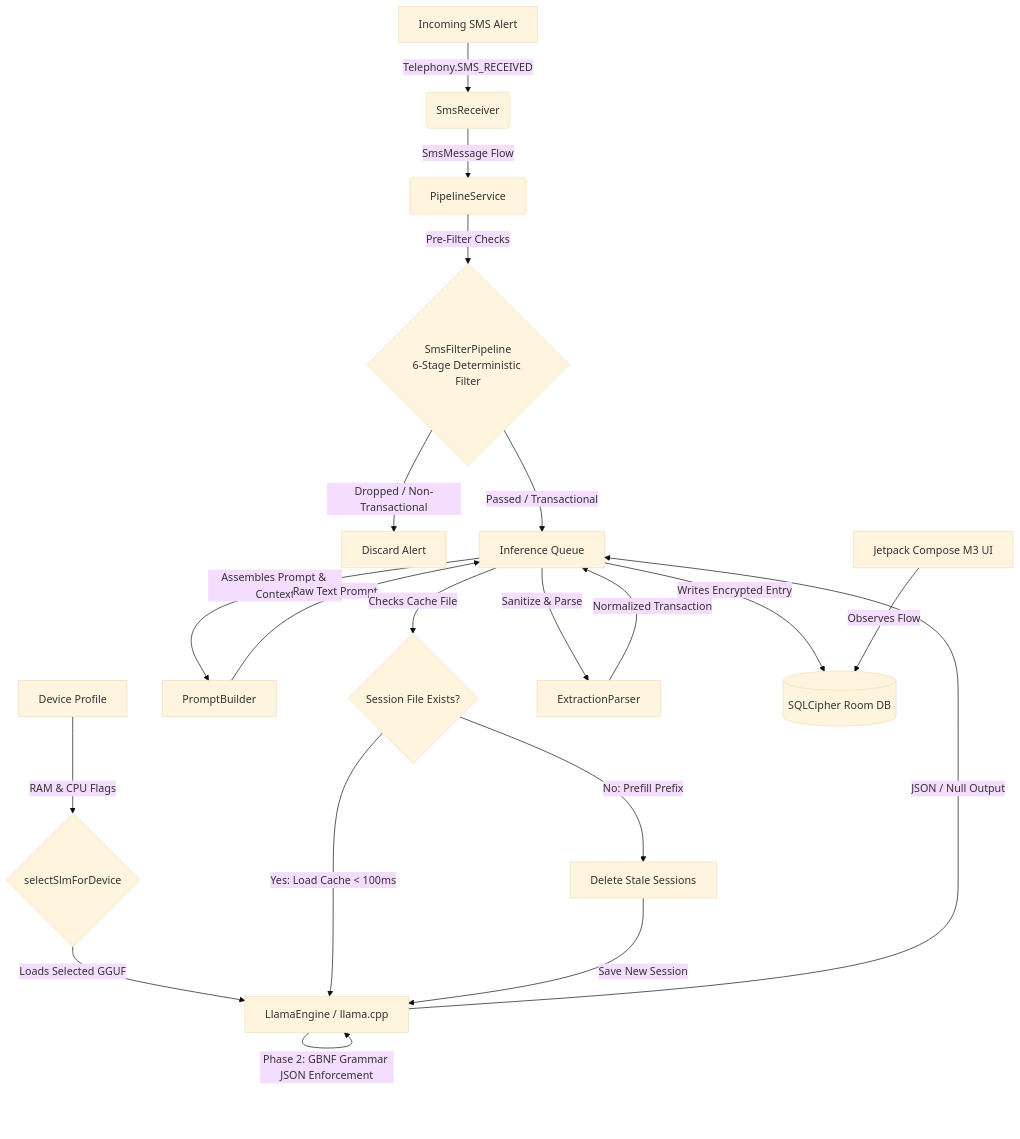
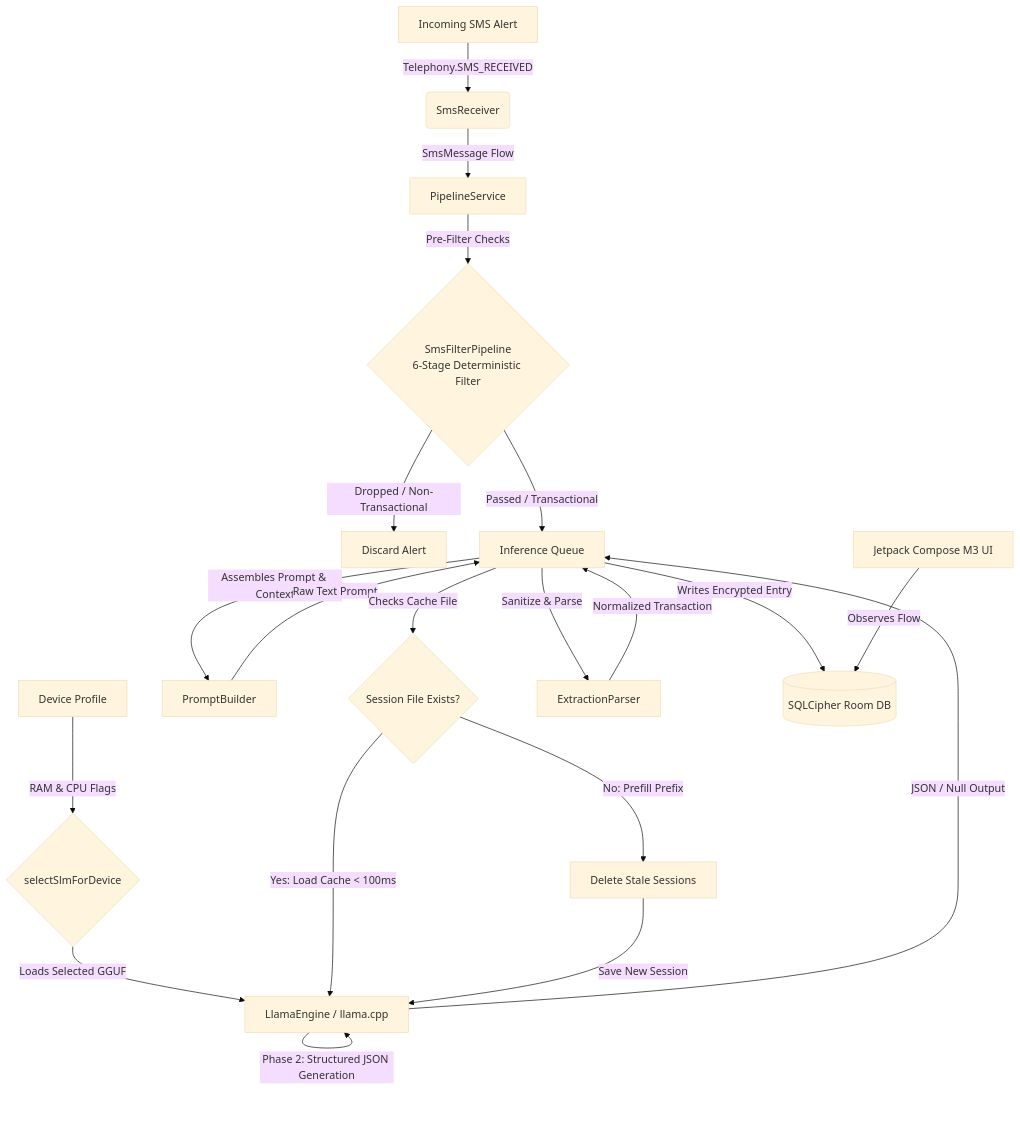
One commit to ManishAradwad/pocket-financer-android changed the diagram in README.md. Above: the diagram before and after it, drawn with Mermaid (base theme). The commit also changed other lines of this file and 17 other files, not shown here.

````diff
--- a/README.md
+++ b/README.md
@@ -37,23 +37,23 @@
 ```mermaid
 graph TD
     A[Incoming SMS Alert] -->|Telephony.SMS_RECEIVED| B(SmsReceiver)
     B -->|SmsMessage Flow| C[PipelineService]
     C -->|Pre-Filter Checks| FP{SmsFilterPipeline<br>6-Stage Deterministic Filter}
     FP -->|Dropped / Non-Transactional| Discard[Discard Alert]
     FP -->|Passed / Transactional| C2[Inference Queue]
     D[Device Profile] -->|RAM & CPU Flags| SEL{selectSlmForDevice}
     SEL -->|Loads Selected GGUF| F[LlamaEngine / llama.cpp]
     C2 -->|Assembles Prompt & Context| E[PromptBuilder]
     E -->|Raw Text Prompt| C2
     C2 -->|Checks Cache File| CHK{Session File Exists?}
     CHK -->|Yes: Load Cache < 100ms| F
     CHK -->|No: Prefill Prefix| DEL[Delete Stale Sessions]
     DEL -->|Save New Session| F
     F -->|Phase 1: Chain of Thought Reasoning| F
-    F -->|Phase 2: GBNF Grammar JSON Enforcement| F
+    F -->|Phase 2: Structured JSON Generation| F
     F -->|JSON / Null Output| C2
     C2 -->|Sanitize & Parse| G[ExtractionParser]
     G -->|Normalized Transaction| C2
     C2 -->|Writes Encrypted Entry| H[(SQLCipher Room DB)]
     I[Jetpack Compose M3 UI] -->|Observes Flow| H
 ```
````
